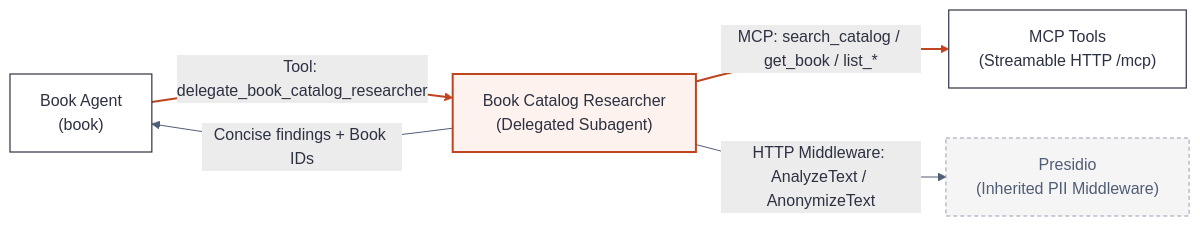
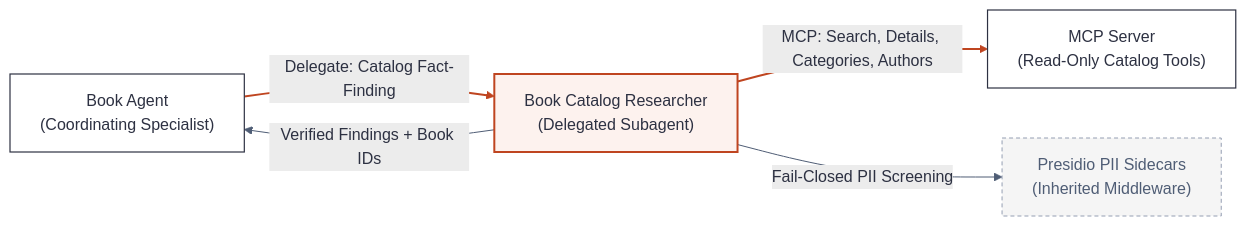
Before and after one commit to foxminchan/BookWorm: the diagram in docs/domains/BookWorm/subdomains/Conversational/agents/book-catalog-researcher/mermaids/book-catalog-researcher-diagram-1.mmd, drawn with Mermaid. The commit also changed 630 other files, not shown here.

Commit message:
Enhance documentation and diagrams (#1864)

```diff
--- a/docs/domains/BookWorm/subdomains/Conversational/agents/book-catalog-researcher/mermaids/book-catalog-researcher-diagram-1.mmd
+++ b/docs/domains/BookWorm/subdomains/Conversational/agents/book-catalog-researcher/mermaids/book-catalog-researcher-diagram-1.mmd
@@ -1,22 +1,22 @@
 %%{init: {'theme': 'base', 'themeVariables': {'background': '#f5f5f5', 'primaryColor': '#ffffff', 'primaryTextColor': '#2d3142', 'primaryBorderColor': '#2d3142', 'secondaryColor': '#ececec', 'secondaryBorderColor': '#4f5d75', 'tertiaryColor': '#fdf2ee', 'tertiaryBorderColor': '#bf4520', 'lineColor': '#4f5d75', 'textColor': '#2d3142', 'clusterBkg': '#f8f9fa', 'clusterBorder': '#bfc0c0', 'fontFamily': 'Geist, system-ui, sans-serif'}}}%%
 flowchart LR
-	book["Book Agent\n(book)"]
+	book["Book Agent\n(Coordinating Specialist)"]
 	researcher["Book Catalog Researcher\n(Delegated Subagent)"]
-	mcp["MCP Tools\n(Streamable HTTP /mcp)"]
-	presidio["Presidio\n(Inherited PII Middleware)"]
+	mcp["MCP Server\n(Read-Only Catalog Tools)"]
+	presidio["Presidio PII Sidecars\n(Inherited Middleware)"]
 
-	book --> |"Tool: delegate_book_catalog_researcher"| researcher
-	researcher --> |"MCP: search_catalog / get_book / list_*"| mcp
-	researcher --> |"HTTP Middleware: AnalyzeText / AnonymizeText"| presidio
-	researcher -->|"Concise findings + Book IDs"| book
+	book --> |"Delegate: Catalog Fact-Finding"| researcher
+	researcher --> |"MCP: Search, Details, Categories, Authors"| mcp
+	researcher --> |"Fail-Closed PII Screening"| presidio
+	researcher --> |"Verified Findings + Book IDs"| book
 
 	classDef focal fill:#fdf2ee,stroke:#bf4520,stroke-width:2px,color:#2d3142
 	classDef service fill:#ffffff,stroke:#2d3142,stroke-width:1.2px,color:#2d3142
 	classDef store fill:#ececec,stroke:#4f5d75,stroke-width:1.2px,color:#2d3142
 	classDef input fill:#eef1f6,stroke:#5a6580,stroke-width:1.2px,color:#2d3142
 	classDef ext fill:#f5f5f5,stroke:#949eb2,stroke-width:1px,stroke-dasharray:4 3,color:#4f5d75
 	class researcher focal
 	class book,mcp service
 	class presidio ext
 	linkStyle 0 stroke:#bf4520,stroke-width:2px
 	linkStyle 1 stroke:#bf4520,stroke-width:2px
```
